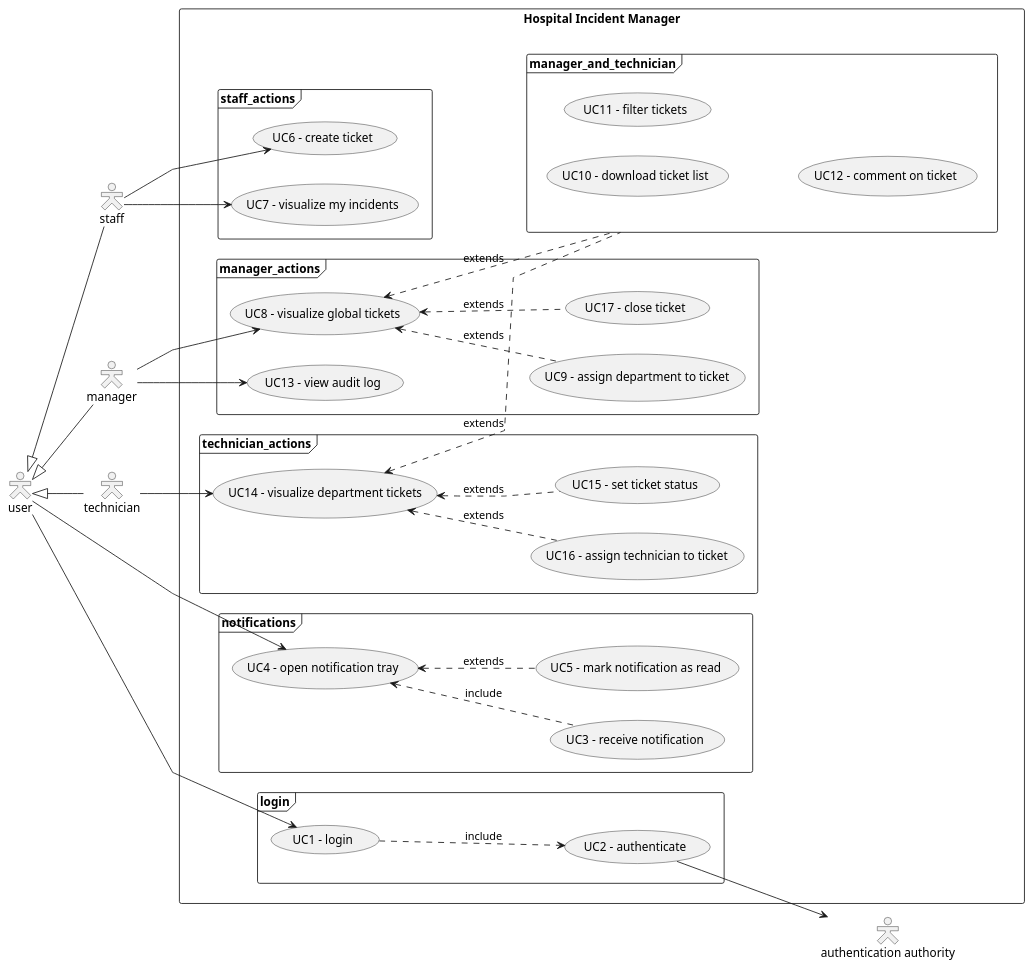
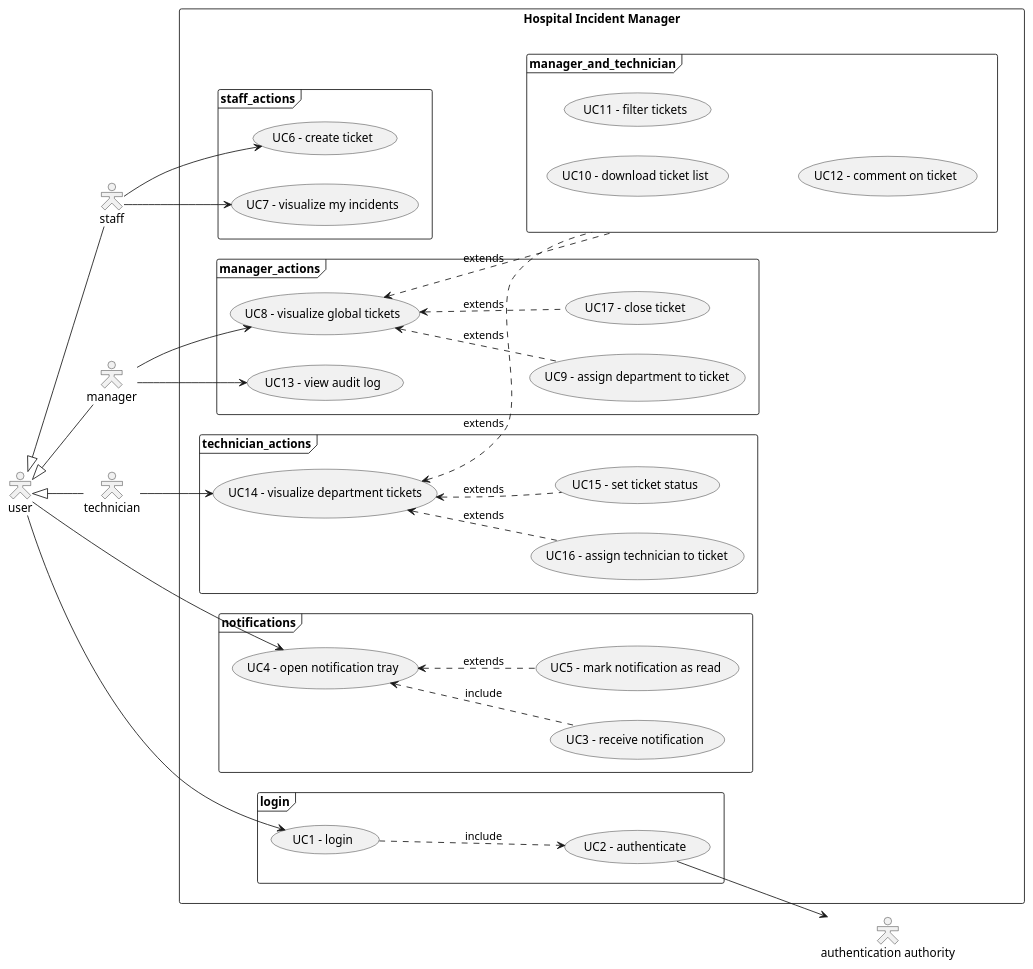
One commit to mablospate/hospital-incident-manager changed the diagram in diagrams/Scenarios.puml. Above: the diagram before and after it, drawn with PlantUML. The commit also changed 1 other file, not shown here.

```diff
--- a/diagrams/Scenarios.puml
+++ b/diagrams/Scenarios.puml
@@ -1,67 +1,66 @@
 @startuml
 skinparam actorStyle Hollow
-skinparam Linetype polyline
 left to right direction
 user <|-- staff
 user <|-- manager
 user <|-- technician
 
 rectangle "Hospital Incident Manager"{
     frame notifications{
         (UC4 - open notification tray) as UC4
         (UC3 - receive notification) as UC3
         (UC5 - mark notification as read) as UC5
     }
     frame login{
         (UC1 - login) as UC1
         (UC2 - authenticate) as UC2
     }
 
     frame staff_actions{
         (UC6 - create ticket) as UC6
         (UC7 - visualize my incidents) as UC7
     }
 
     frame manager_actions{
         (UC8 - visualize global tickets) as UC8
         (UC9 - assign department to ticket) as UC9
         (UC17 - close ticket) as UC17
         (UC13 - view audit log) as UC13
     }
 
     frame technician_actions{
         (UC14 - visualize department tickets) as UC14
         (UC16 - assign technician to ticket) as UC16
         (UC15 - set ticket status) as UC15
     }
 
     frame manager_and_technician{
         (UC10 - download ticket list) as UC10
         (UC11 - filter tickets) as UC11
         (UC12 - comment on ticket) as UC12
     }
 UC1 ..> UC2:include
 manager_and_technician .up.> UC8:extends
 manager_and_technician .up.> UC14:extends
 UC9 .up.> UC8:extends
 UC5 .up.> UC4:extends
 UC3 .up.> UC4 : include
 UC15 .up.> UC14:extends
 UC16 .up.> UC14:extends
 UC17 .up.> UC8: extends
 }
 
 user -down-> UC1
 user -down-> UC4
 
 staff -down-> UC6
 staff -down-> UC7
 
 manager -down-> UC8
 manager -down-> UC13
 
 technician -down-> UC14
 
 UC2 -down-> "authentication authority"
 
 @enduml
```
